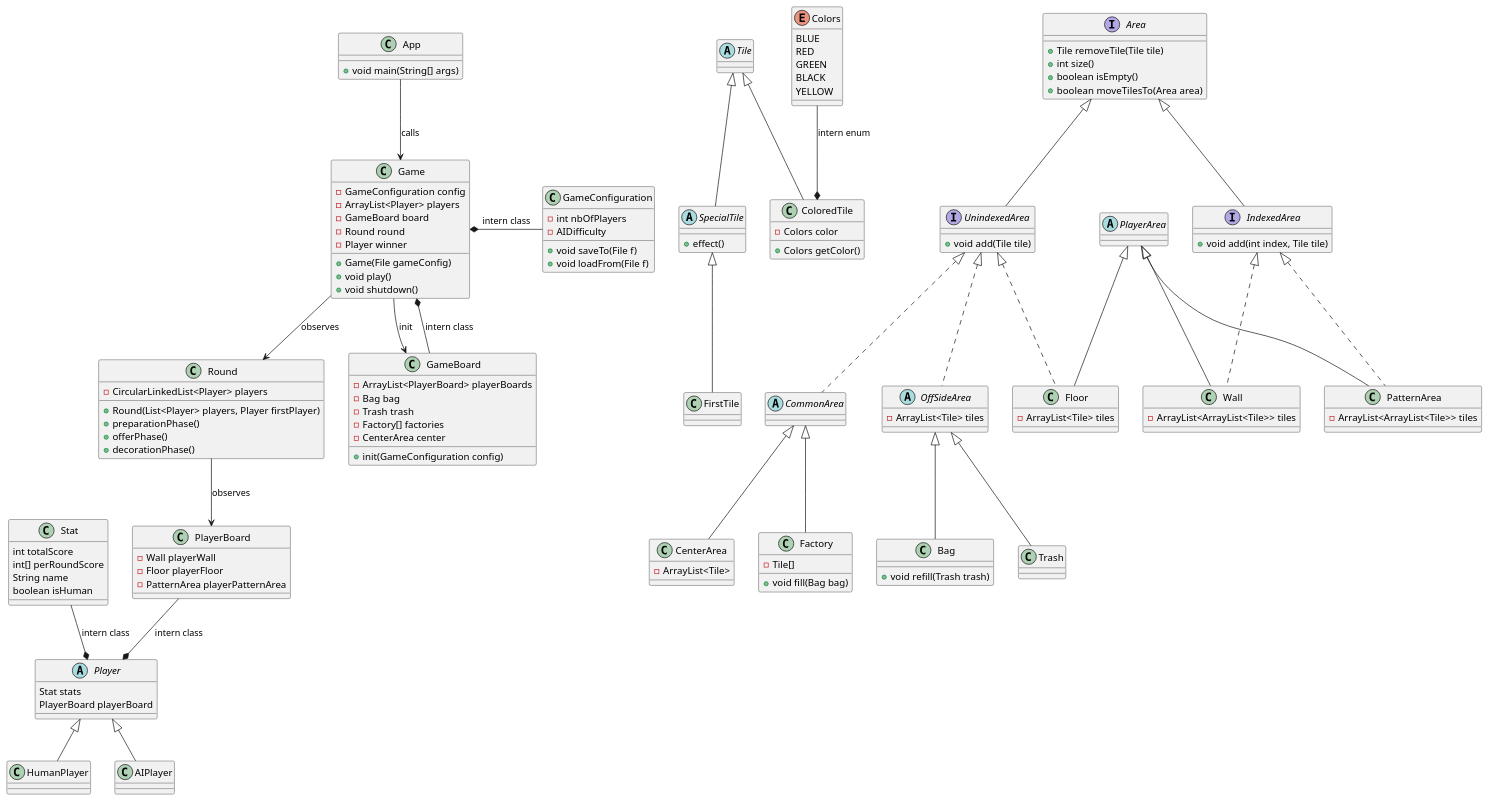
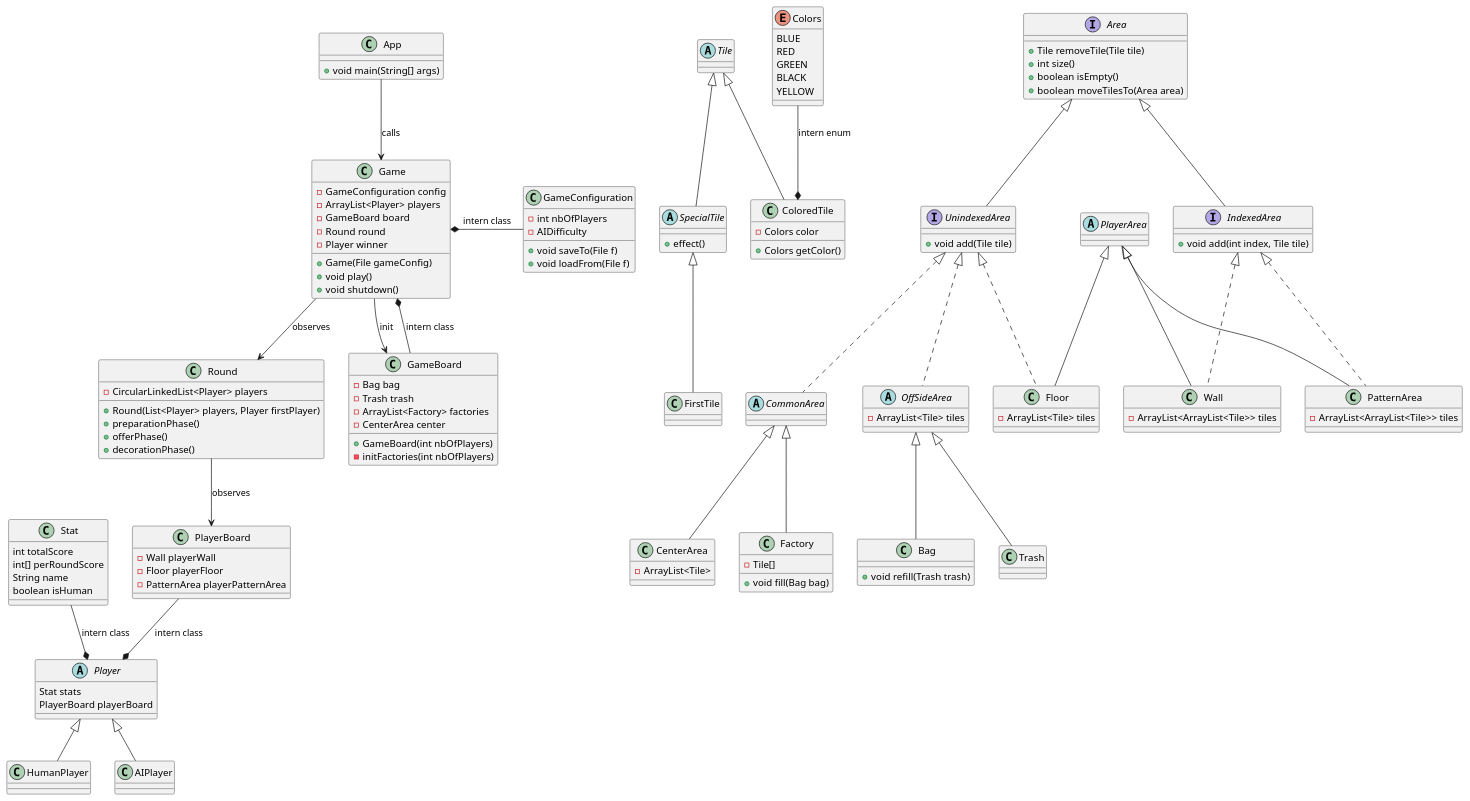
The diagram in proj.puml (nsouff/Azul), drawn with PlantUML before and after one commit. The commit also changed 1 other file, not shown here.

Commit message:
Fix GameBoard class to be more coherent
Remove playerBoards as Player already contains a PlayerBoard

```diff
--- a/proj.puml
+++ b/proj.puml
@@ -1,167 +1,167 @@
 @startuml
 
 Abstract class Tile {
 }
 
 
 Tile <|-- SpecialTile
 abstract class SpecialTile {
 	+effect()
 }
 
 Tile <|-- ColoredTile
 class ColoredTile {
 	-Colors color
 	+Colors getColor()
 }
 
 SpecialTile <|-- FirstTile
 class FirstTile
 
 Colors --* ColoredTile : "intern enum"
 enum Colors {
 	BLUE
 	RED
 	GREEN
 	BLACK
 	YELLOW
 }
 
 
 interface Area {
 	+Tile removeTile(Tile tile)
 	+int size()
 	+boolean isEmpty()
 	+boolean moveTilesTo(Area area)
 }
 Area <|-- UnindexedArea
 interface UnindexedArea {
 	+void add(Tile tile)
 }
 
 Area <|-- IndexedArea
 interface IndexedArea {
 	+void add(int index, Tile tile)
 }
 
 UnindexedArea <|.. OffSideArea
 abstract class OffSideArea {
 	-ArrayList<Tile> tiles
 }
 
 OffSideArea <|-- Bag
 class Bag {
 	+void refill(Trash trash)
 }
 
 OffSideArea <|-- Trash
 class Trash {
 
 }
 UnindexedArea <|.. CommonArea
 abstract class CommonArea
 CommonArea <|-- CenterArea
 class CenterArea {
 	-ArrayList<Tile>
 }
 CommonArea <|-- Factory
 class Factory {
 	-Tile[]
 	+void fill(Bag bag)
 }
 
 abstract class PlayerArea
 
 IndexedArea <|.. Wall
 PlayerArea <|-- Wall
 class Wall {
 	-ArrayList<ArrayList<Tile>> tiles
 }
 
 UnindexedArea <|.. Floor
 PlayerArea <|-- Floor
 class Floor {
 	-ArrayList<Tile> tiles
 }
 
 IndexedArea <|.. PatternArea
 PlayerArea <|-- PatternArea
 class PatternArea{
 	-ArrayList<ArrayList<Tile>> tiles
 }
 
 abstract class Player {
 	Stat stats
 	PlayerBoard playerBoard
 }
 
 Stat  --* Player : "intern class"
 class Stat {
 	int totalScore
 	int[] perRoundScore
 	String name
 	boolean isHuman
 }
 
 Player <|-- HumanPlayer
 Player <|-- AIPlayer
 
 
 class PlayerBoard
 PlayerBoard --* Player : "intern class"
 
 
 GameConfiguration -left-* Game : "intern class"
 class GameConfiguration {
 	-int nbOfPlayers
 	-AIDifficulty
 	+void saveTo(File f)
 	+void loadFrom(File f)
 }
 
 Game --> Round : "observes"
 class Game {
 	-GameConfiguration config
 	-ArrayList<Player> players
 	-GameBoard board	
 	-Round round
 	-Player winner
 	+Game(File gameConfig)
 	+void play()
 	+void shutdown()
 }
 
 Game --> GameBoard : "init"
 GameBoard --* Game : "intern class"
-class GameBoard {
-	-ArrayList<PlayerBoard> playerBoards
+class GameBoard {	
 	-Bag bag
 	-Trash trash
-	-Factory[] factories
+	-ArrayList<Factory> factories
 	-CenterArea center
-	+init(GameConfiguration config)
+	+GameBoard(int nbOfPlayers)
+	-initFactories(int nbOfPlayers)
 }
 
 Round --> PlayerBoard : "observes"
 class PlayerBoard {
 	-Wall playerWall
 	-Floor playerFloor
 	-PatternArea playerPatternArea
 }
 
 class Round {
 	-CircularLinkedList<Player> players
 	+Round(List<Player> players, Player firstPlayer)
 	+preparationPhase()
 	+offerPhase()
 	+decorationPhase()
 }
 
 
 App --> Game : "calls"
 class App {
 	+void main(String[] args)
 }
 
 
 @enduml
```
